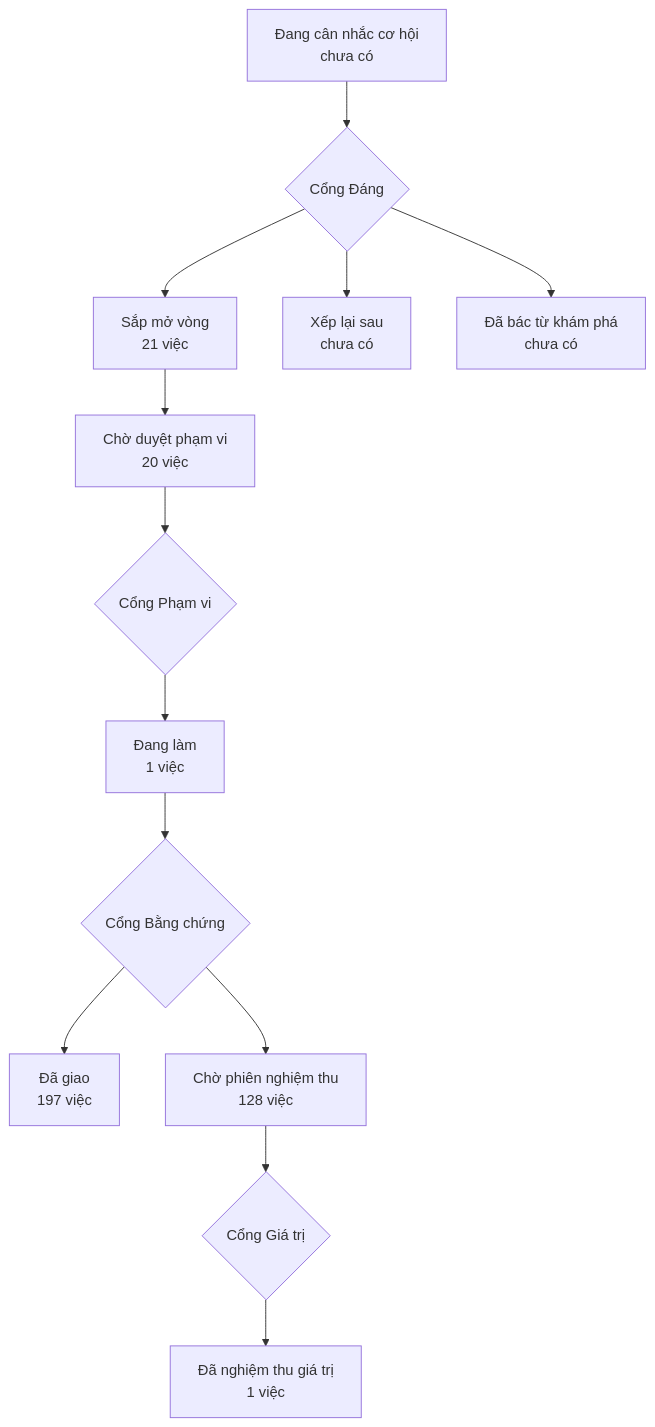
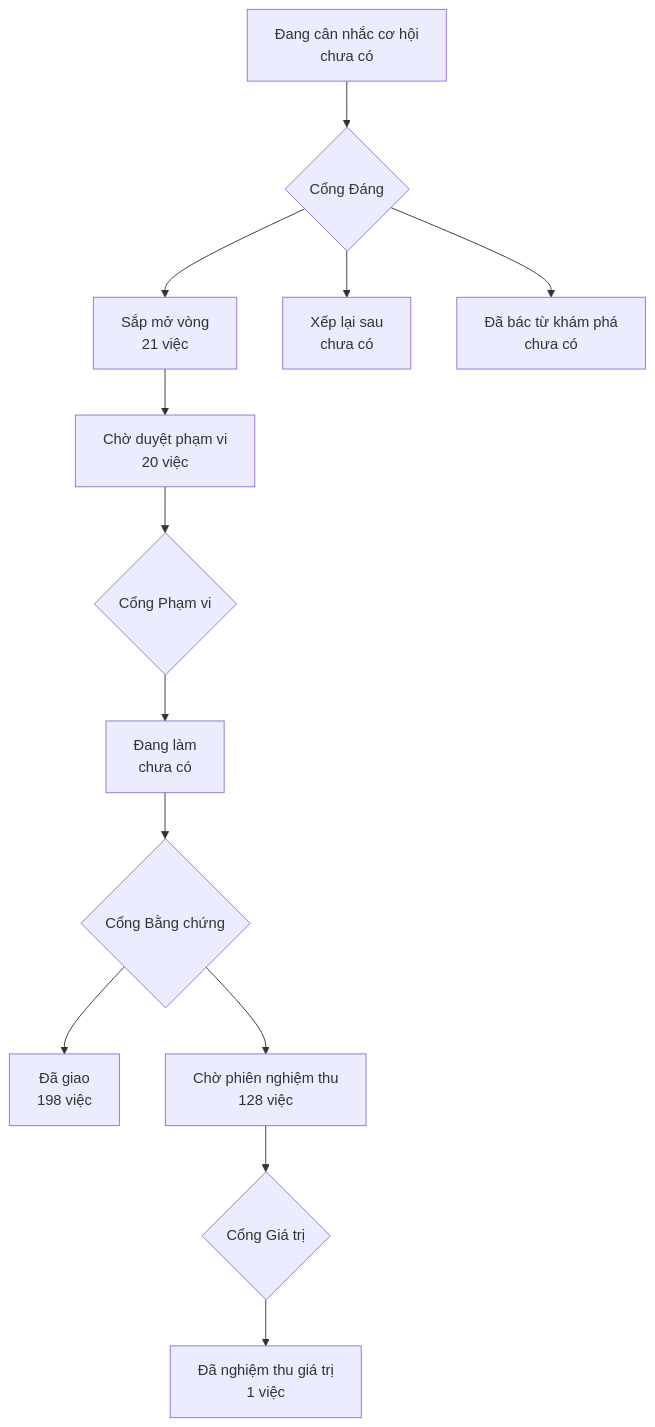
The diagram in PRODUCT-MAP.md (phanlemanh/onehub-invest), drawn with Mermaid before and after one commit. The commit also changed other lines of this file and 4 other files, not shown here.

````diff
--- a/PRODUCT-MAP.md
+++ b/PRODUCT-MAP.md
@@ -7,12 +7,12 @@
 ```mermaid
 flowchart TD
   A["Đang cân nhắc cơ hội<br/>chưa có"] --> GD{"Cổng Đáng"}
   GD --> B["Sắp mở vòng<br/>21 việc"]
   GD --> XL["Xếp lại sau<br/>chưa có"]
   GD --> DB["Đã bác từ khám phá<br/>chưa có"]
   B --> CD["Chờ duyệt phạm vi<br/>20 việc"] --> GP{"Cổng Phạm vi"}
-  GP --> DL["Đang làm<br/>1 việc"] --> GB{"Cổng Bằng chứng"}
-  GB --> DG["Đã giao<br/>197 việc"]
+  GP --> DL["Đang làm<br/>chưa có"] --> GB{"Cổng Bằng chứng"}
+  GB --> DG["Đã giao<br/>198 việc"]
   GB --> CN["Chờ phiên nghiệm thu<br/>128 việc"] --> GG{"Cổng Giá trị"}
   GG --> NT["Đã nghiệm thu giá trị<br/>1 việc"]
 ```
````
